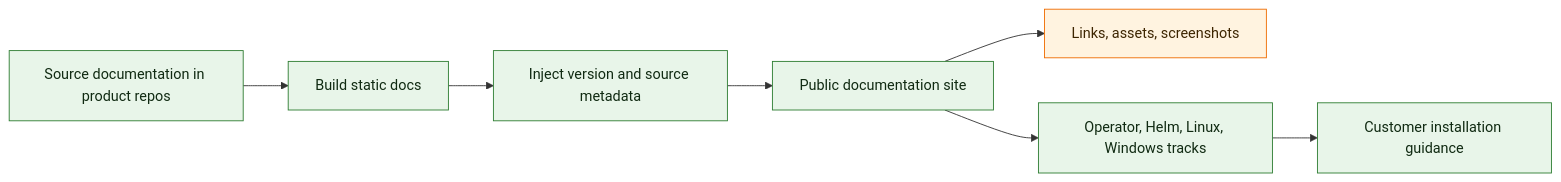
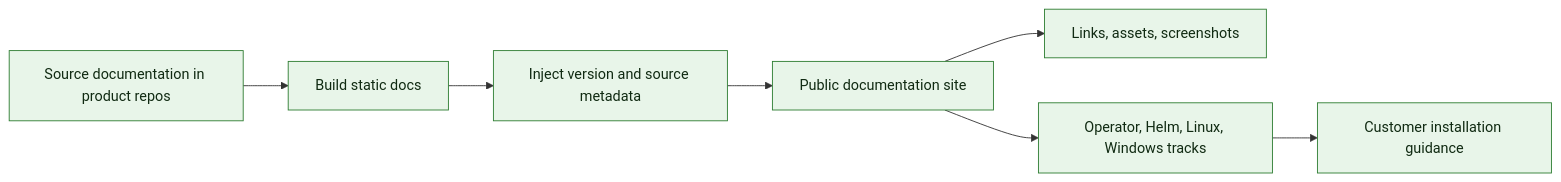
One commit to digital-iq/ocp-developers-s3_storage_li9_docsrepo changed the diagram in .github/workflows/E2E_TEST_MATRIX.md. Above: the diagram before and after it, drawn with Mermaid. The commit also changed other lines of this file, not shown here.

````diff
--- a/.github/workflows/E2E_TEST_MATRIX.md
+++ b/.github/workflows/E2E_TEST_MATRIX.md
@@ -12,14 +12,12 @@
 ```mermaid
 flowchart LR
   source["Source documentation in product repos"] --> build["Build static docs"]
   build --> inject["Inject version and source metadata"]
   inject --> site["Public documentation site"]
   site --> links["Links, assets, screenshots"]
   site --> tracks["Operator, Helm, Linux, Windows tracks"]
   tracks --> user["Customer installation guidance"]
 
   classDef covered fill:#e8f5e9,stroke:#2e7d32,color:#102a12;
-  class source,build,inject,site,tracks,user covered;
-  classDef gap fill:#fff3e0,stroke:#ef6c00,color:#3d2500;
-  class links gap;
+  class source,build,inject,site,links,tracks,user covered;
 ```
````
